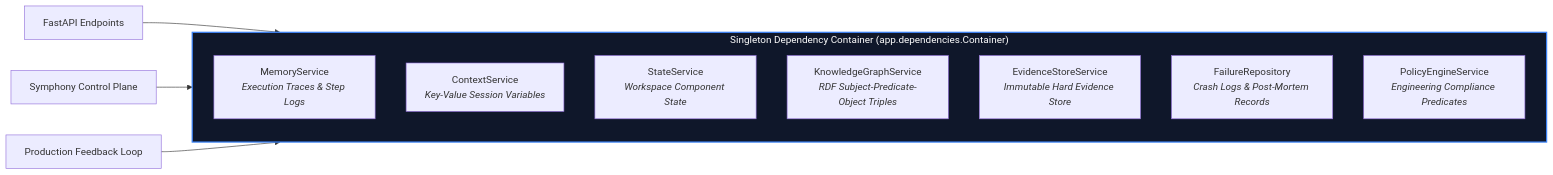
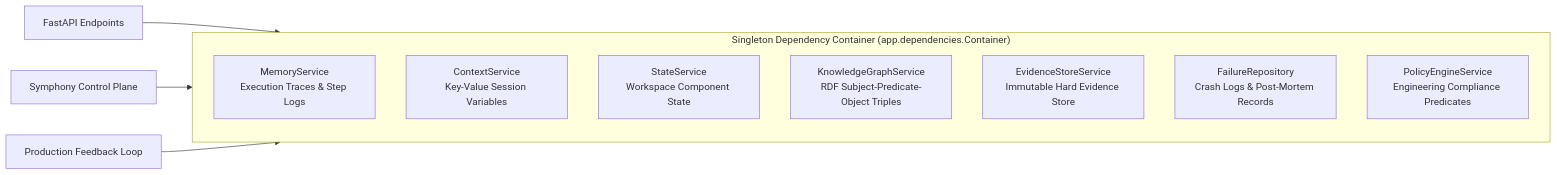
The eighth of 16 diagrams in README.md (jacobjerryarackal/harness-engineering), drawn with Mermaid before and after one commit. The commit also changed other lines of this file, not shown here.

Commit message:
docs: clean up Mermaid diagrams by removing styling and replace HLD diagram with static image link

````diff
--- a/README.md
+++ b/README.md
@@ -634,19 +454,17 @@
 ```mermaid
 flowchart LR
     subgraph Container["Singleton Dependency Container (app.dependencies.Container)"]
         direction TB
-        MS["MemoryService<br/><i>Execution Traces & Step Logs</i>"]
-        CS["ContextService<br/><i>Key-Value Session Variables</i>"]
-        SS["StateService<br/><i>Workspace Component State</i>"]
-        KG["KnowledgeGraphService<br/><i>RDF Subject-Predicate-Object Triples</i>"]
-        ES["EvidenceStoreService<br/><i>Immutable Hard Evidence Store</i>"]
-        FR["FailureRepository<br/><i>Crash Logs & Post-Mortem Records</i>"]
-        PE["PolicyEngineService<br/><i>Engineering Compliance Predicates</i>"]
+        MS["MemoryService<br/>Execution Traces & Step Logs"]
+        CS["ContextService<br/>Key-Value Session Variables"]
+        SS["StateService<br/>Workspace Component State"]
+        KG["KnowledgeGraphService<br/>RDF Subject-Predicate-Object Triples"]
+        ES["EvidenceStoreService<br/>Immutable Hard Evidence Store"]
+        FR["FailureRepository<br/>Crash Logs & Post-Mortem Records"]
+        PE["PolicyEngineService<br/>Engineering Compliance Predicates"]
     end
 
     API["FastAPI Endpoints"] --> Container
     Orchestrator["Symphony Control Plane"] --> Container
     RuntimeLoop["Production Feedback Loop"] --> Container
-
-    style Container fill:#0f172a,stroke:#3b82f6,stroke-width:2px,color:#fff
 ```
````
